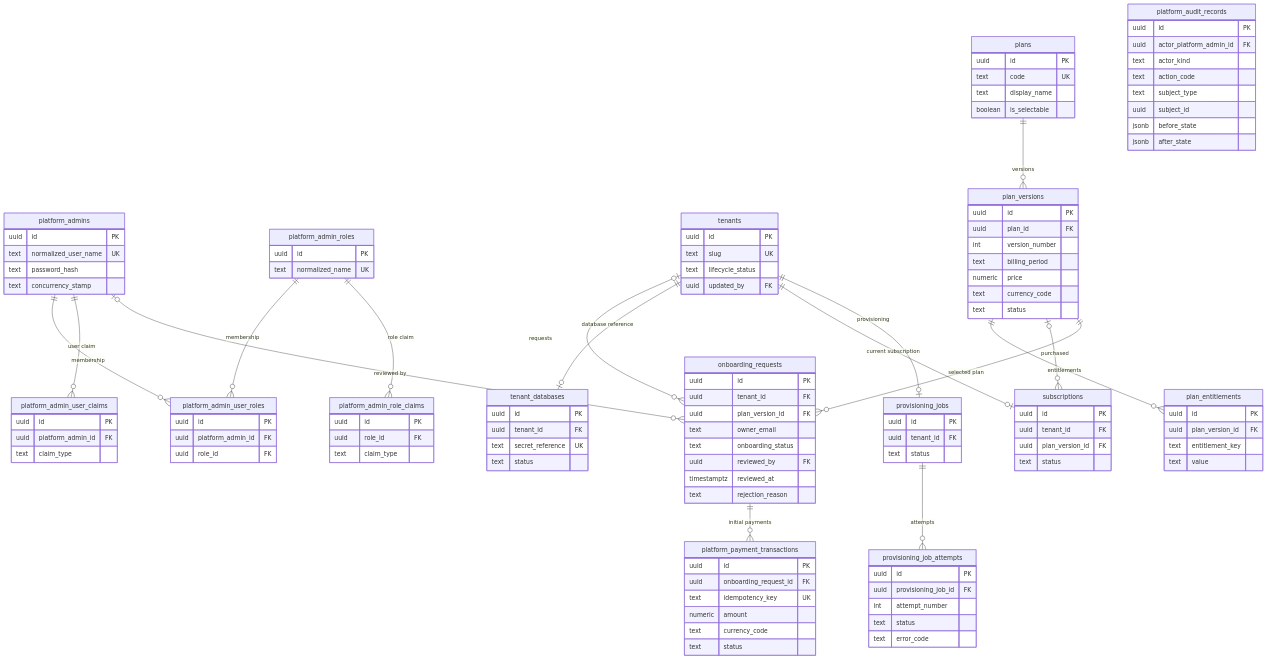
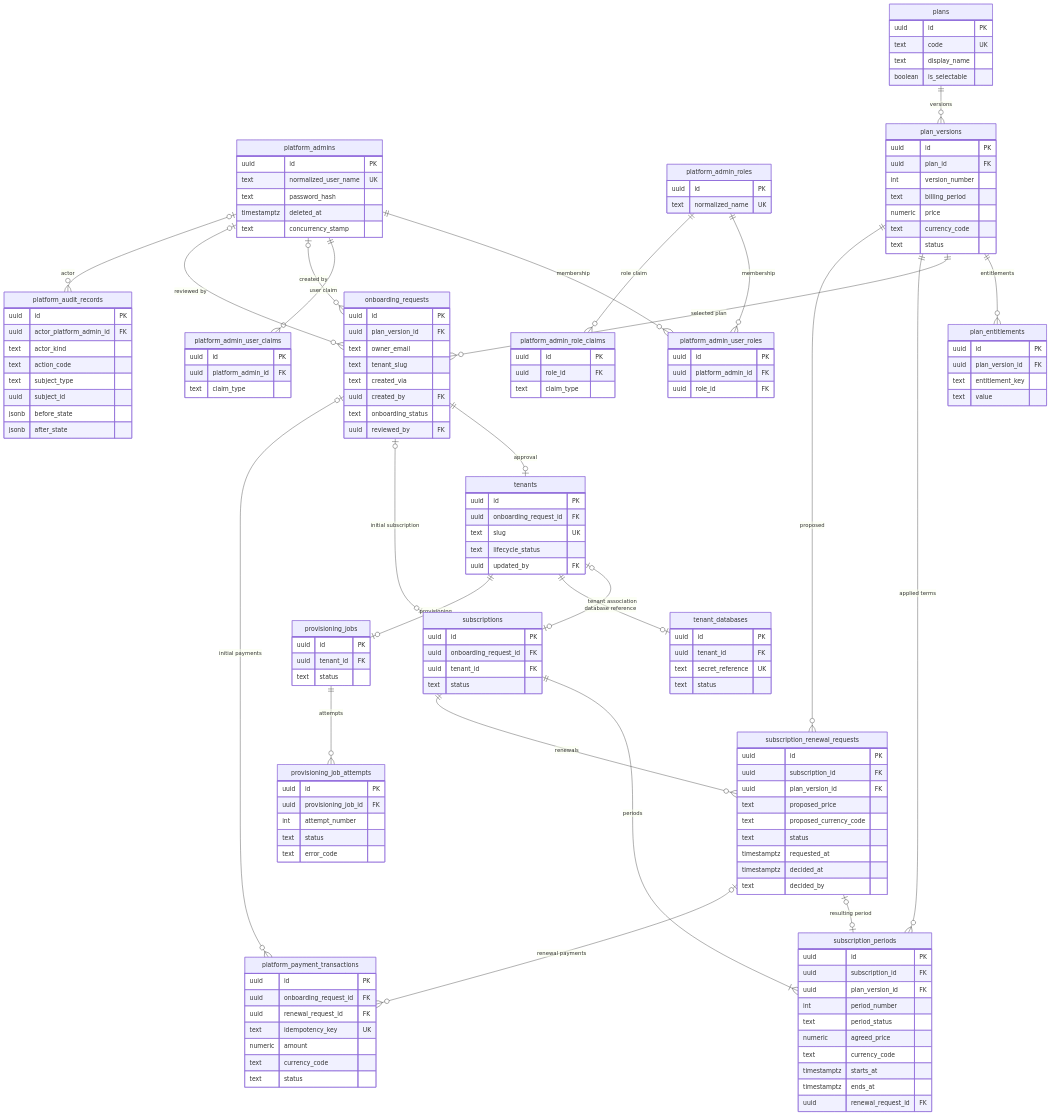
One commit to Cafe-Sass/CafeHub-Backend changed the diagram in architecture/erd-master.md. Above: the diagram before and after it, drawn with Mermaid. The commit also changed other lines of this file, not shown here.

First line of the commit message:
docs(database): align master ERD with approved decisions

````diff
--- a/architecture/erd-master.md
+++ b/architecture/erd-master.md
@@ -10,6 +10,7 @@
         uuid id PK
         text normalized_user_name UK
         text password_hash
+        timestamptz deleted_at
         text concurrency_stamp
     }
     platform_admin_roles {
@@ -30,18 +31,6 @@
         uuid id PK
         uuid role_id FK
         text claim_type
-    }
-    tenants {
-        uuid id PK
-        text slug UK
-        text lifecycle_status
-        uuid updated_by FK
-    }
-    tenant_databases {
-        uuid id PK
-        uuid tenant_id FK
-        text secret_reference UK
-        text status
     }
     plans {
         uuid id PK
@@ -64,25 +53,62 @@
         text entitlement_key
         text value
     }
+    onboarding_requests {
+        uuid id PK
+        uuid plan_version_id FK
+        text owner_email
+        text tenant_slug
+        text created_via
+        uuid created_by FK
+        text onboarding_status
+        uuid reviewed_by FK
+    }
+    tenants {
+        uuid id PK
+        uuid onboarding_request_id FK
+        text slug UK
+        text lifecycle_status
+        uuid updated_by FK
+    }
+    tenant_databases {
+        uuid id PK
+        uuid tenant_id FK
+        text secret_reference UK
+        text status
+    }
     subscriptions {
         uuid id PK
+        uuid onboarding_request_id FK
         uuid tenant_id FK
-        uuid plan_version_id FK
         text status
     }
-    onboarding_requests {
+    subscription_periods {
         uuid id PK
-        uuid tenant_id FK
+        uuid subscription_id FK
         uuid plan_version_id FK
-        text owner_email
-        text onboarding_status
-        uuid reviewed_by FK
-        timestamptz reviewed_at
-        text rejection_reason
+        int period_number
+        text period_status
+        numeric agreed_price
+        text currency_code
+        timestamptz starts_at
+        timestamptz ends_at
+        uuid renewal_request_id FK
+    }
+    subscription_renewal_requests {
+        uuid id PK
+        uuid subscription_id FK
+        uuid plan_version_id FK
+        text proposed_price
+        text proposed_currency_code
+        text status
+        timestamptz requested_at
+        timestamptz decided_at
+        text decided_by
     }
     platform_payment_transactions {
         uuid id PK
         uuid onboarding_request_id FK
+        uuid renewal_request_id FK
         text idempotency_key UK
         numeric amount
         text currency_code
@@ -114,15 +140,23 @@
     platform_admin_roles ||--o{ platform_admin_user_roles : "membership"
     platform_admins ||--o{ platform_admin_user_claims : "user claim"
     platform_admin_roles ||--o{ platform_admin_role_claims : "role claim"
+    platform_admins |o--o{ onboarding_requests : "created by"
     platform_admins |o--o{ onboarding_requests : "reviewed by"
-    tenants |o--o{ onboarding_requests : "requests"
+    onboarding_requests ||--o| tenants : "approval"
+    onboarding_requests |o--o| subscriptions : "initial subscription"
+    tenants |o--o| subscriptions : "tenant association"
     tenants ||--o| tenant_databases : "database reference"
-    tenants ||--o| subscriptions : "current subscription"
     tenants ||--o| provisioning_jobs : "provisioning"
     plans ||--o{ plan_versions : "versions"
     plan_versions ||--o{ plan_entitlements : "entitlements"
-    plan_versions |o--o{ subscriptions : "purchased"
     plan_versions ||--o{ onboarding_requests : "selected plan"
-    onboarding_requests ||--o{ platform_payment_transactions : "initial payments"
+    plan_versions ||--o{ subscription_periods : "applied terms"
+    plan_versions ||--o{ subscription_renewal_requests : "proposed"
+    subscriptions ||--|{ subscription_periods : "periods"
+    subscriptions ||--o{ subscription_renewal_requests : "renewals"
+    subscription_renewal_requests |o--o| subscription_periods : "resulting period"
+    onboarding_requests |o--o{ platform_payment_transactions : "initial payments"
+    subscription_renewal_requests |o--o{ platform_payment_transactions : "renewal payments"
     provisioning_jobs ||--o{ provisioning_job_attempts : "attempts"
+    platform_admins |o--o{ platform_audit_records : "actor"
 ```
````
